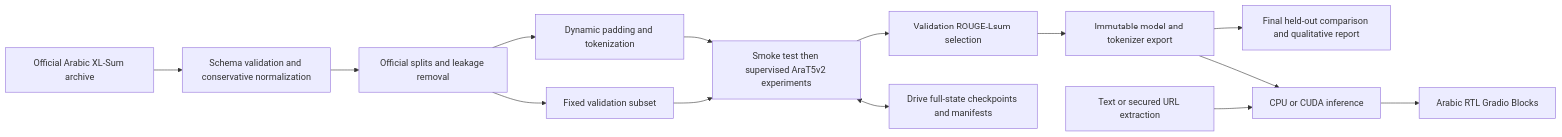
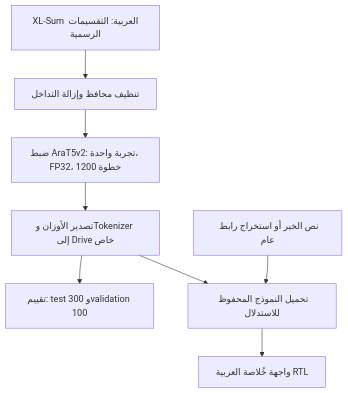
Before and after one commit to nada-ali-13/Arabic-news-summarizer: the diagram in README.md, drawn with Mermaid. The commit also changed other lines of this file and 18 other files, not shown here.

````diff
--- a/README.md
+++ b/README.md
@@ -25,16 +21,10 @@
 ```mermaid
-flowchart LR
-  A[Official Arabic XL-Sum archive] --> B[Schema validation and conservative normalization]
-  B --> C[Official splits and leakage removal]
-  C --> D[Fixed validation subset]
-  C --> E[Dynamic padding and tokenization]
-  E --> F[Smoke test then supervised AraT5v2 experiments]
-  D --> F
-  F --> G[Validation ROUGE-Lsum selection]
-  F <--> H[Drive full-state checkpoints and manifests]
-  G --> I[Immutable model and tokenizer export]
-  I --> J[Final held-out comparison and qualitative report]
-  I --> K[CPU or CUDA inference]
-  L[Text or secured URL extraction] --> K
-  K --> M[Arabic RTL Gradio Blocks]
+flowchart TD
+  A[XL-Sum العربية: التقسيمات الرسمية] --> B[تنظيف محافظ وإزالة التداخل]
+  B --> C[ضبط AraT5v2: تجربة واحدة، FP32، 1200 خطوة]
+  C --> D[تصدير الأوزان وTokenizer إلى Drive خاص]
+  D --> E[تقييم: test 300 وvalidation 100]
+  D --> F[تحميل النموذج المحفوظ للاستدلال]
+  G[نص الخبر أو استخراج رابط عام] --> F
+  F --> H[واجهة خُلاصة العربية RTL]
 ```
````
